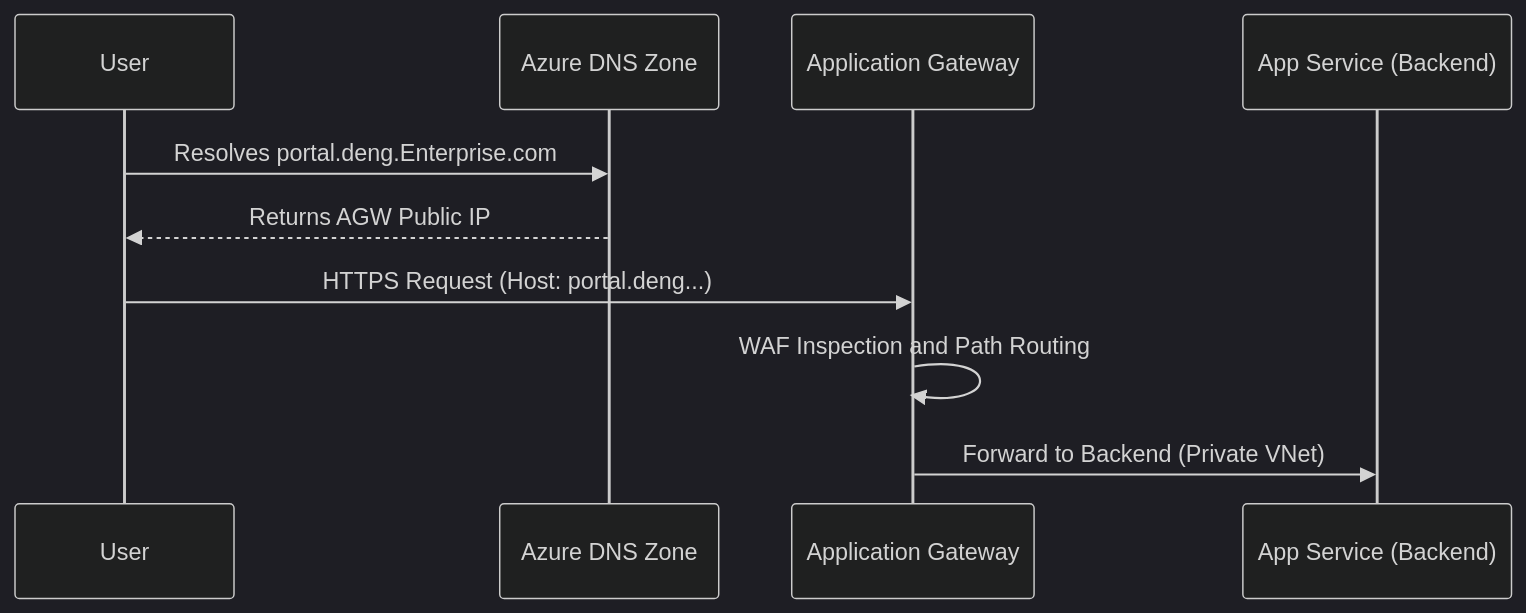
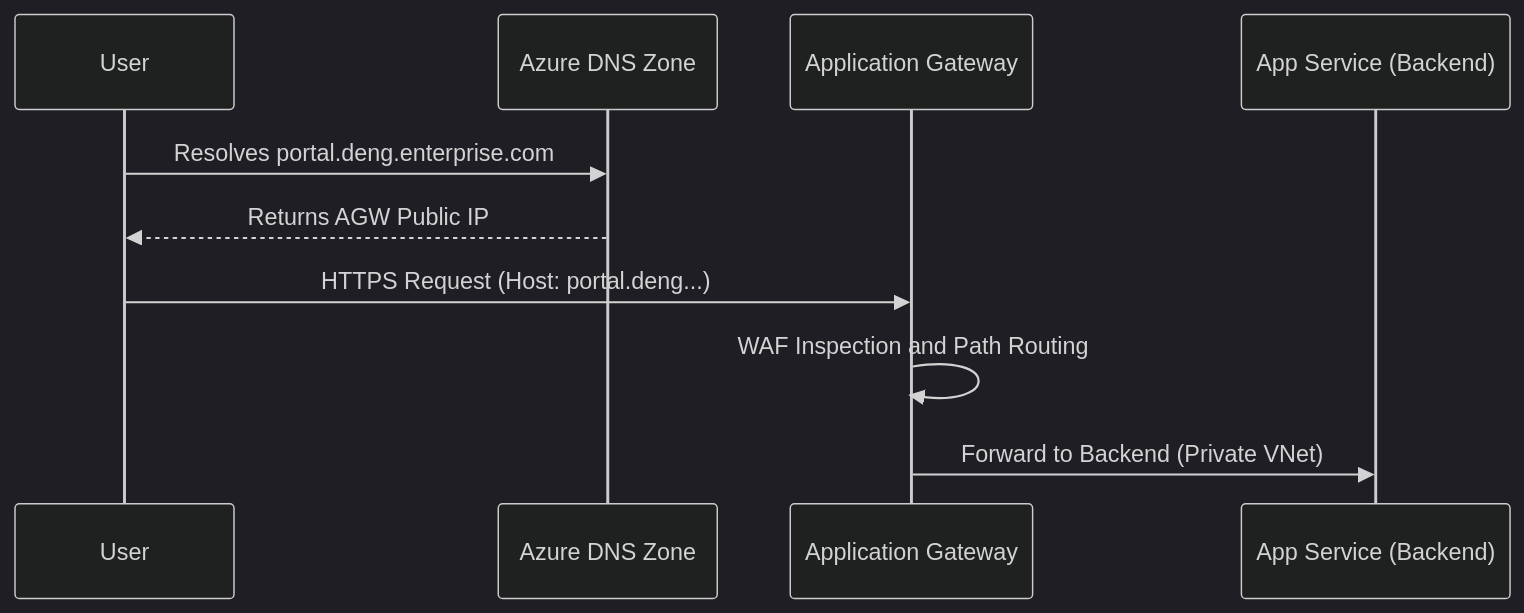
The second of 2 diagrams in docs/312-NETWORKING_AND_DNS_ECOSYSTEM.md (nubenetes/terraform-azure-devops), drawn with Mermaid (dark theme) before and after one commit. The commit also changed other lines of this file and 68 other files, not shown here.

````diff
--- a/docs/312-NETWORKING_AND_DNS_ECOSYSTEM.md
+++ b/docs/312-NETWORKING_AND_DNS_ECOSYSTEM.md
@@ -75,12 +75,12 @@
 ```mermaid
 sequenceDiagram
     participant User
     participant DNS as Azure DNS Zone
     participant AGW as Application Gateway
     participant BE as App Service (Backend)
-    User->>DNS: Resolves portal.deng.Enterprise.com
+    User->>DNS: Resolves portal.deng.enterprise.com
     DNS-->>User: Returns AGW Public IP
     User->>AGW: HTTPS Request (Host: portal.deng...)
     AGW->>AGW: WAF Inspection and Path Routing
     AGW->>BE: Forward to Backend (Private VNet)
 ```
````
